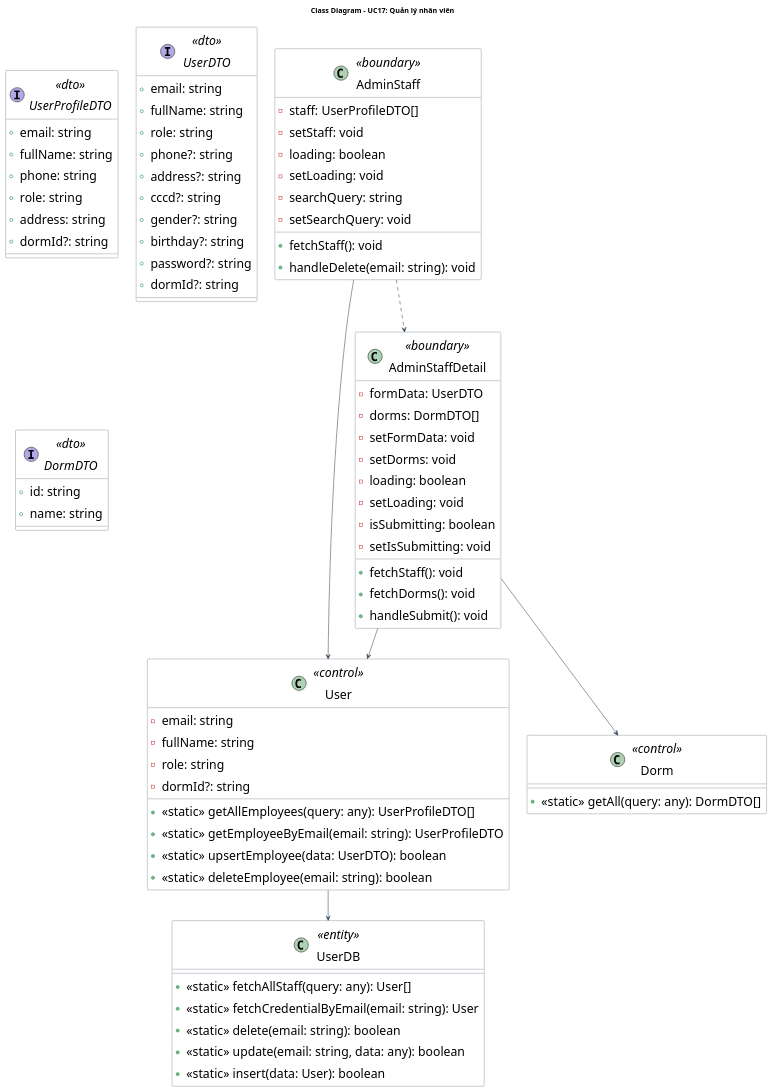
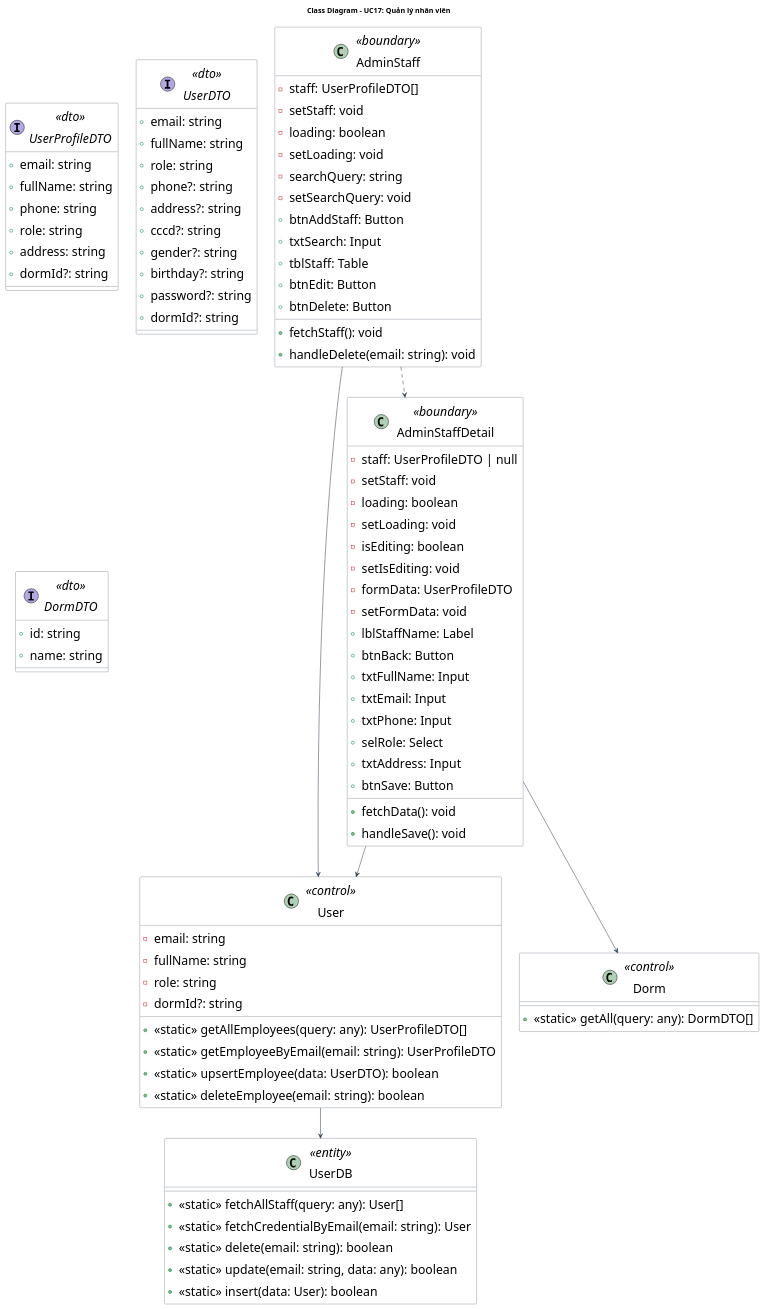
The diagram in doc/system/quan_ly_nhan_vien/QuanLyNhanVien_ClassDiagram.wsd (Gnourt812005/HCMUS-Analyze-and-desgin-IS), drawn with PlantUML before and after one commit. The commit also changed 12 other files, not shown here.

Commit message:
truong/digram: update diagram

```diff
--- a/doc/system/quan_ly_nhan_vien/QuanLyNhanVien_ClassDiagram.wsd
+++ b/doc/system/quan_ly_nhan_vien/QuanLyNhanVien_ClassDiagram.wsd
@@ -1,101 +1,113 @@
 @startuml QuanLyNhanVien_ClassDiagram
 title Class Diagram - UC17: Quản lý nhân viên
 
 ' --- STYLE CONFIGURATION ---
 skinparam {
     ClassBackgroundColor White
     ClassBorderColor #2D3E50
     ArrowColor #2D3E50
     DefaultFontName "Arial"
     DefaultFontSize 24
     Padding 5
 }
 
 ' --- BOUNDARY LAYER ---
 class "AdminStaff" <<boundary>> {
     - staff: UserProfileDTO[]
     - setStaff: void
     - loading: boolean
     - setLoading: void
     - searchQuery: string
     - setSearchQuery: void
+    + btnAddStaff: Button
+    + txtSearch: Input
+    + tblStaff: Table
+    + btnEdit: Button
+    + btnDelete: Button
     + fetchStaff(): void
     + handleDelete(email: string): void
 }
 
 class "AdminStaffDetail" <<boundary>> {
-    - formData: UserDTO
-    - dorms: DormDTO[]
-    - setFormData: void
-    - setDorms: void
+    - staff: UserProfileDTO | null
+    - setStaff: void
     - loading: boolean
     - setLoading: void
-    - isSubmitting: boolean
-    - setIsSubmitting: void
-    + fetchStaff(): void
-    + fetchDorms(): void
-    + handleSubmit(): void
+    - isEditing: boolean
+    - setIsEditing: void
+    - formData: UserProfileDTO
+    - setFormData: void
+    + lblStaffName: Label
+    + btnBack: Button
+    + txtFullName: Input
+    + txtEmail: Input
+    + txtPhone: Input
+    + selRole: Select
+    + txtAddress: Input
+    + btnSave: Button
+    + fetchData(): void
+    + handleSave(): void
 }
 
 ' --- DTO LAYER ---
 interface "UserProfileDTO" <<dto>> {
     + email: string
     + fullName: string
     + phone: string
     + role: string
     + address: string
     + dormId?: string
 }
 
 interface "UserDTO" <<dto>> {
     + email: string
     + fullName: string
     + role: string
     + phone?: string
     + address?: string
     + cccd?: string
     + gender?: string
     + birthday?: string
     + password?: string
     + dormId?: string
 }
 
 interface "DormDTO" <<dto>> {
     + id: string
     + name: string
 }
 
 ' --- BUSINESS LAYER ---
 class "User" <<control>> {
     - email: string
     - fullName: string
     - role: string
     - dormId?: string
     + <<static>> getAllEmployees(query: any): UserProfileDTO[]
     + <<static>> getEmployeeByEmail(email: string): UserProfileDTO
     + <<static>> upsertEmployee(data: UserDTO): boolean
     + <<static>> deleteEmployee(email: string): boolean
 }
 
 class "Dorm" <<control>> {
     + <<static>> getAll(query: any): DormDTO[]
 }
 
 
 ' --- DATABASE LAYER ---
 class "UserDB" <<entity>> {
     + <<static>> fetchAllStaff(query: any): User[]
     + <<static>> fetchCredentialByEmail(email: string): User
     + <<static>> delete(email: string): boolean
     + <<static>> update(email: string, data: any): boolean
     + <<static>> insert(data: User): boolean
 }
 
 ' --- RELATIONSHIPS ---
 AdminStaff --> User
 AdminStaffDetail --> User
 AdminStaffDetail --> Dorm
 User --> UserDB
 AdminStaff ..> AdminStaffDetail
 
 @enduml
```
